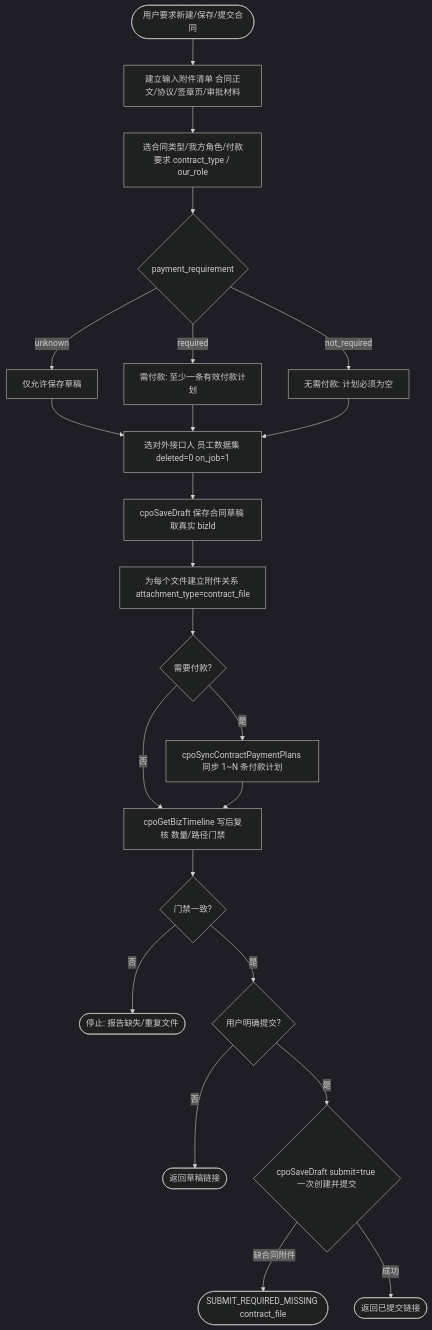
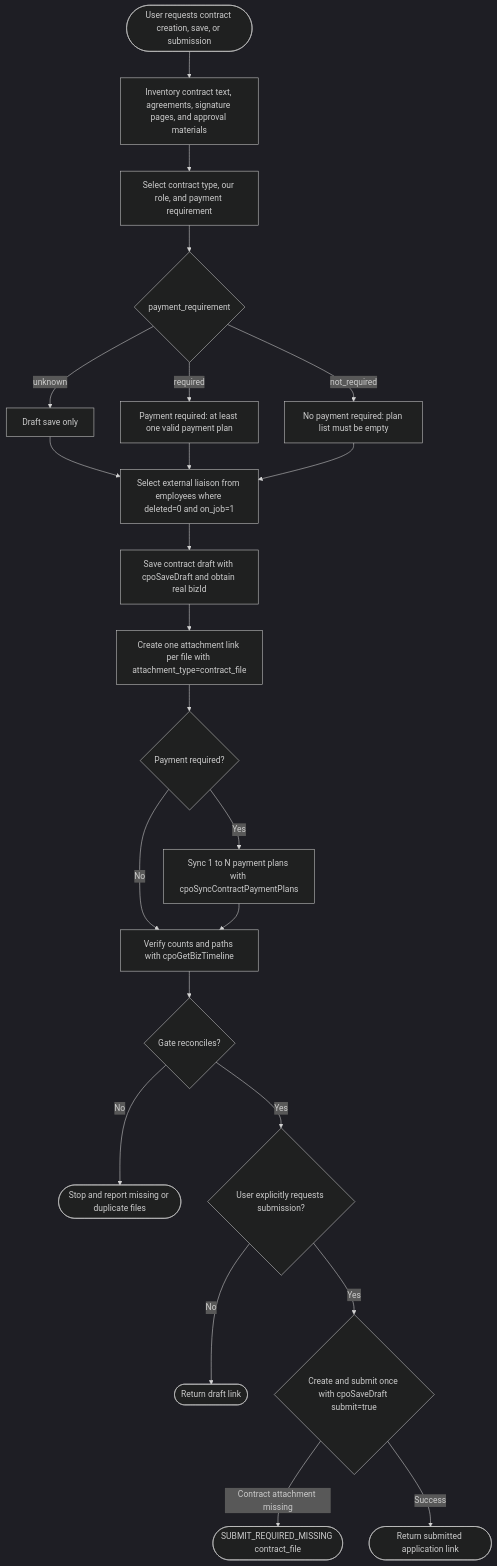
The diagram in .agents/skills/cpo-contract-application/SKILL.md (lovrabet/ei-demo), drawn with Mermaid (dark theme) before and after one commit. The commit also changed other lines of this file and 80 other files, not shown here.

````diff
--- a/.agents/skills/cpo-contract-application/SKILL.md
+++ b/.agents/skills/cpo-contract-application/SKILL.md
@@ -14,25 +14,25 @@
 ```mermaid
 flowchart TD
-  Start([用户要求新建/保存/提交合同]) --> P1[建立输入附件清单 合同正文/协议/签章页/审批材料]
-  P1 --> P2[选合同类型/我方角色/付款要求 contract_type / our_role]
+  Start([User requests contract creation, save, or submission]) --> P1[Inventory contract text, agreements, signature pages, and approval materials]
+  P1 --> P2[Select contract type, our role, and payment requirement]
   P2 --> P3{payment_requirement}
-  P3 -- unknown --> DraftOnly[仅允许保存草稿]
-  P3 -- required --> P4a[需付款: 至少一条有效付款计划]
-  P3 -- not_required --> P4b[无需付款: 计划必须为空]
+  P3 -- unknown --> DraftOnly[Draft save only]
+  P3 -- required --> P4a[Payment required: at least one valid payment plan]
+  P3 -- not_required --> P4b[No payment required: plan list must be empty]
   DraftOnly --> L1
   P4a --> L1
-  P4b --> L1[选对外接口人 员工数据集 deleted=0 on_job=1]
-  L1 --> L2[cpoSaveDraft 保存合同草稿 取真实 bizId]
-  L2 --> L3[为每个文件建立附件关系 attachment_type=contract_file]
-  L3 --> L4{需要付款?}
-  L4 -- 是 --> P5[cpoSyncContractPaymentPlans 同步 1~N 条付款计划]
-  L4 -- 否 --> P6
-  P5 --> P6[cpoGetBizTimeline 写后复核 数量/路径门禁]
-  P6 --> L5{门禁一致?}
-  L5 -- 否 --> Stop1([停止: 报告缺失/重复文件])
-  L5 -- 是 --> L6{用户明确提交?}
-  L6 -- 否 --> E1([返回草稿链接])
-  L6 -- 是 --> L7{cpoSaveDraft submit=true 一次创建并提交}
-  L7 -- 缺合同附件 --> Stop2([SUBMIT_REQUIRED_MISSING contract_file])
-  L7 -- 成功 --> E2([返回已提交链接])
+  P4b --> L1[Select external liaison from employees where deleted=0 and on_job=1]
+  L1 --> L2[Save contract draft with cpoSaveDraft and obtain real bizId]
+  L2 --> L3[Create one attachment link per file with attachment_type=contract_file]
+  L3 --> L4{Payment required?}
+  L4 -- Yes --> P5[Sync 1 to N payment plans with cpoSyncContractPaymentPlans]
+  L4 -- No --> P6
+  P5 --> P6[Verify counts and paths with cpoGetBizTimeline]
+  P6 --> L5{Gate reconciles?}
+  L5 -- No --> Stop1([Stop and report missing or duplicate files])
+  L5 -- Yes --> L6{User explicitly requests submission?}
+  L6 -- No --> E1([Return draft link])
+  L6 -- Yes --> L7{Create and submit once with cpoSaveDraft submit=true}
+  L7 -- Contract attachment missing --> Stop2([SUBMIT_REQUIRED_MISSING contract_file])
+  L7 -- Success --> E2([Return submitted application link])
 ```
````
